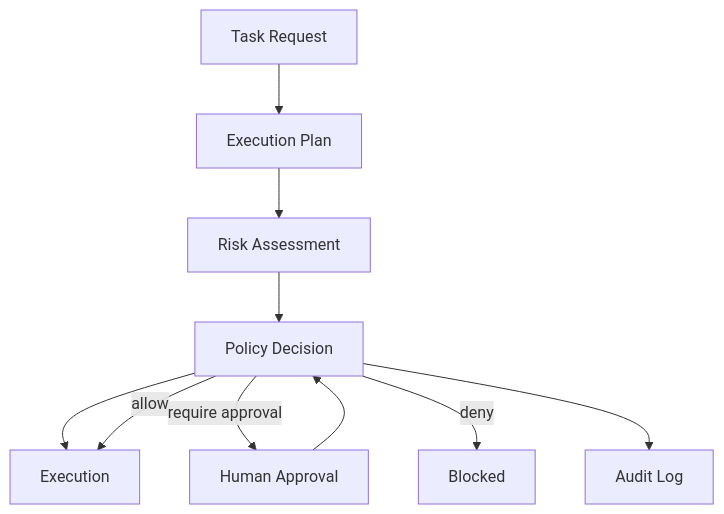
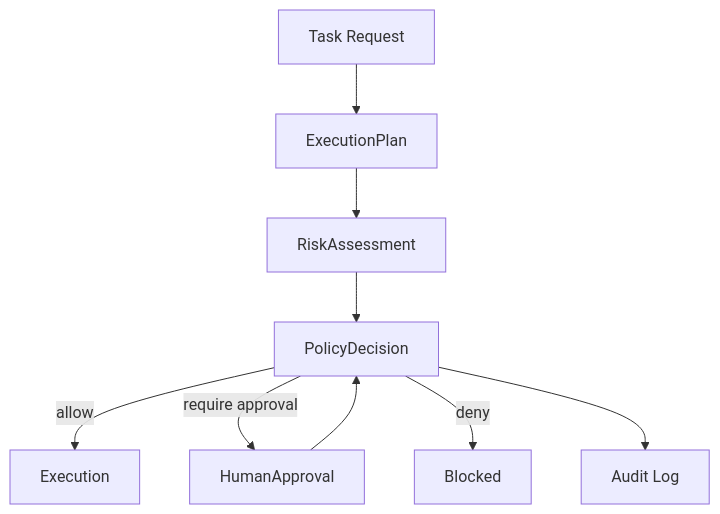
One commit to Ahasva/agent-control-core changed the first of 6 diagrams in docs/whitepaper.md. Above: the diagram before and after it, drawn with Mermaid. The commit also changed other lines of this file and 7 other files, not shown here.

````diff
--- a/docs/whitepaper.md
+++ b/docs/whitepaper.md
@@ -50,14 +50,13 @@
 ```mermaid
 flowchart TD
-    T[Task Request] --> P[Execution Plan]
-    P --> R[Risk Assessment]
-    R --> D[Policy Decision]
-    D --> E[Execution]
+    T[Task Request] --> P[ExecutionPlan]
+    P --> R[RiskAssessment]
+    R --> D[PolicyDecision]
 
-    D -->|allow| E
-    D -->|require approval| A[Human Approval]
+    D -->|allow| E[Execution]
+    D -->|require approval| A[HumanApproval]
     A --> D
     D -->|deny| X[Blocked]
 
     D --> L[Audit Log]
 ```
````
